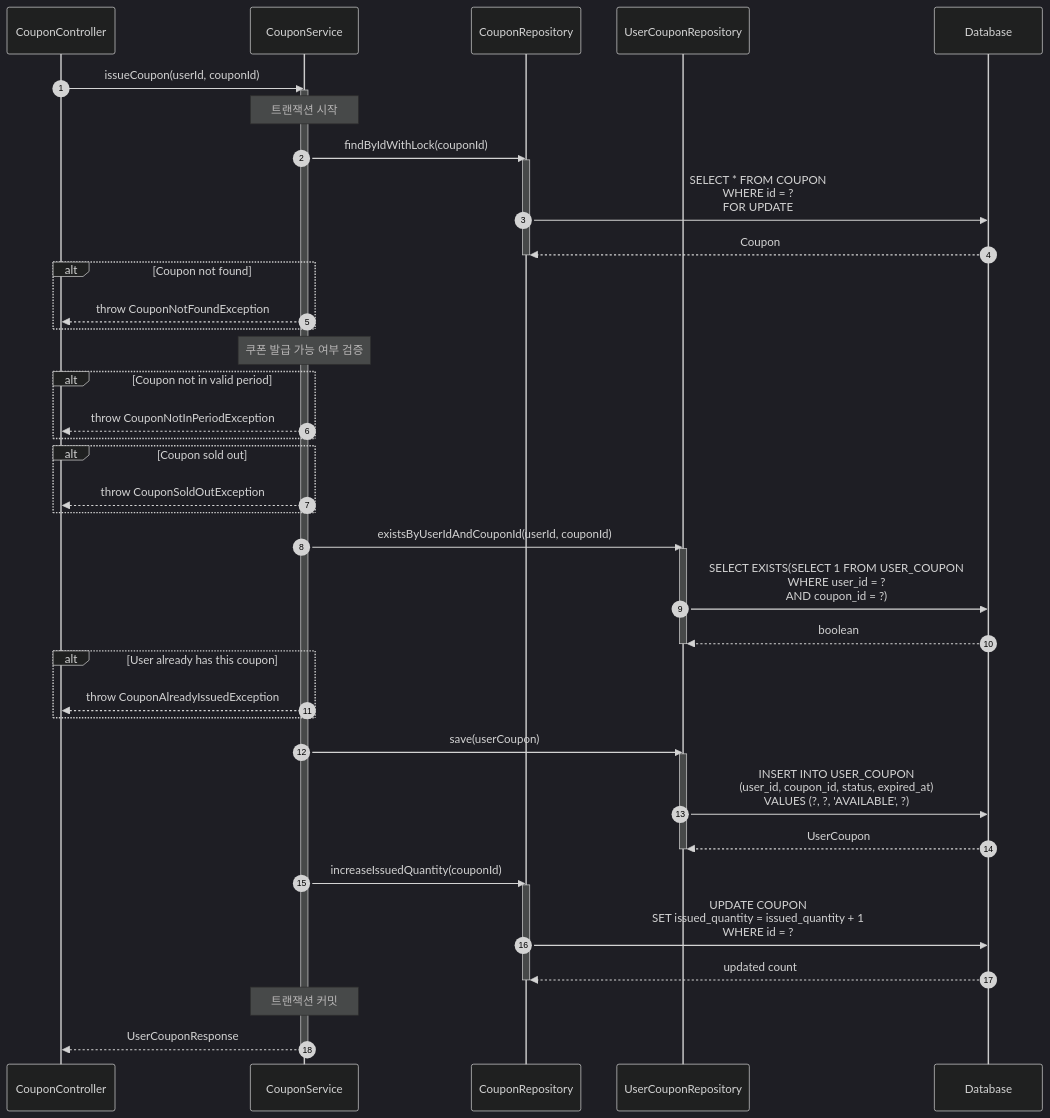
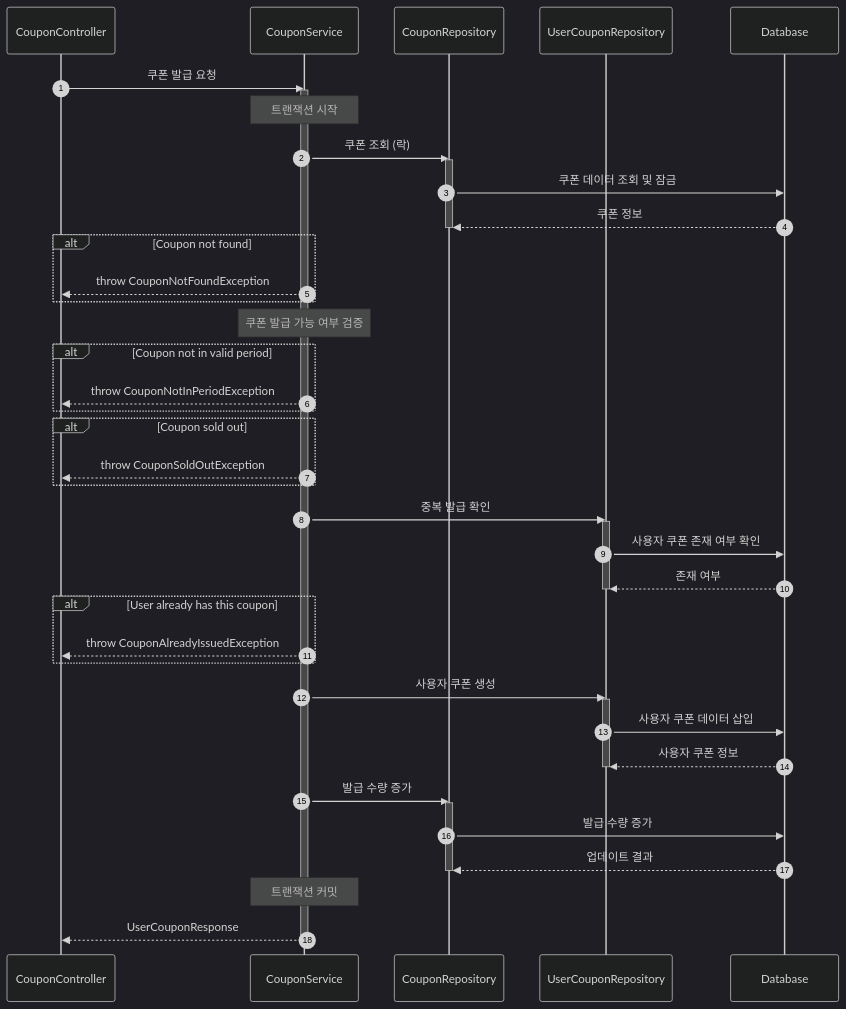
Diagram 12 of 16 in docs/api/api-specification.md (hye-ung97/hh-e-commerce), drawn with Mermaid (dark theme) before and after one commit. The commit also changed other lines of this file, not shown here.

Commit message:
fix: 시퀀스 다이어그램에서 함수 이름 -> 설명으로 변경

````diff
--- a/docs/api/api-specification.md
+++ b/docs/api/api-specification.md
@@ -656,61 +656,61 @@
 ```mermaid
 sequenceDiagram
     autonumber
     participant C as CouponController
     participant S as CouponService
     participant CR as CouponRepository
     participant UCR as UserCouponRepository
     participant DB as Database
 
-    C->>S: issueCoupon(userId, couponId)
+    C->>S: 쿠폰 발급 요청
     activate S
 
     Note over S: 트랜잭션 시작
 
-    S->>CR: findByIdWithLock(couponId)
+    S->>CR: 쿠폰 조회 (락)
     activate CR
-    CR->>DB: SELECT * FROM COUPON<br/>WHERE id = ?<br/>FOR UPDATE
-    DB-->>CR: Coupon
+    CR->>DB: 쿠폰 데이터 조회 및 잠금
+    DB-->>CR: 쿠폰 정보
     deactivate CR
 
     alt Coupon not found
         S-->>C: throw CouponNotFoundException
     end
 
     Note over S: 쿠폰 발급 가능 여부 검증
 
     alt Coupon not in valid period
         S-->>C: throw CouponNotInPeriodException
     end
 
     alt Coupon sold out
         S-->>C: throw CouponSoldOutException
     end
 
-    S->>UCR: existsByUserIdAndCouponId(userId, couponId)
+    S->>UCR: 중복 발급 확인
     activate UCR
-    UCR->>DB: SELECT EXISTS(SELECT 1 FROM USER_COUPON<br/>WHERE user_id = ?<br/>AND coupon_id = ?)
-    DB-->>UCR: boolean
+    UCR->>DB: 사용자 쿠폰 존재 여부 확인
+    DB-->>UCR: 존재 여부
     deactivate UCR
 
     alt User already has this coupon
         S-->>C: throw CouponAlreadyIssuedException
     end
 
-    S->>UCR: save(userCoupon)
+    S->>UCR: 사용자 쿠폰 생성
     activate UCR
-    UCR->>DB: INSERT INTO USER_COUPON<br/>(user_id, coupon_id, status, expired_at)<br/>VALUES (?, ?, 'AVAILABLE', ?)
-    DB-->>UCR: UserCoupon
+    UCR->>DB: 사용자 쿠폰 데이터 삽입
+    DB-->>UCR: 사용자 쿠폰 정보
     deactivate UCR
 
-    S->>CR: increaseIssuedQuantity(couponId)
+    S->>CR: 발급 수량 증가
     activate CR
-    CR->>DB: UPDATE COUPON<br/>SET issued_quantity = issued_quantity + 1<br/>WHERE id = ?
-    DB-->>CR: updated count
+    CR->>DB: 발급 수량 증가
+    DB-->>CR: 업데이트 결과
     deactivate CR
 
     Note over S: 트랜잭션 커밋
 
     S-->>C: UserCouponResponse
     deactivate S
 ```
````
